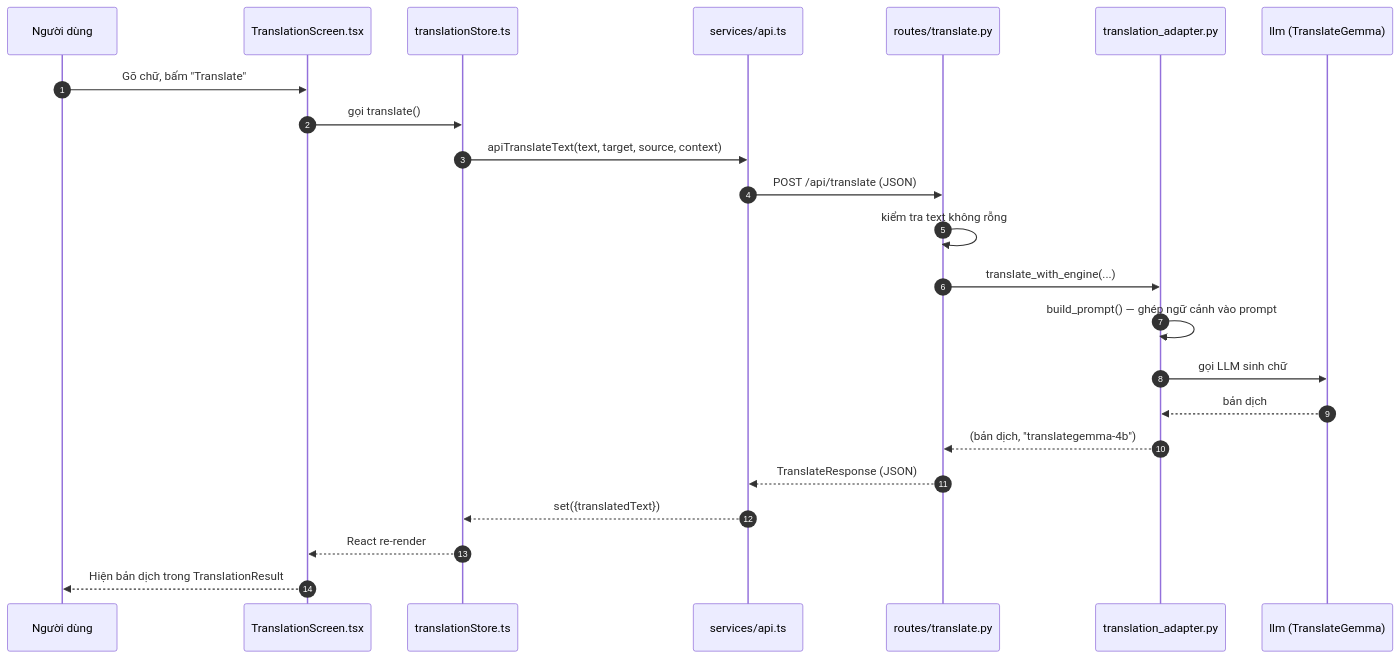
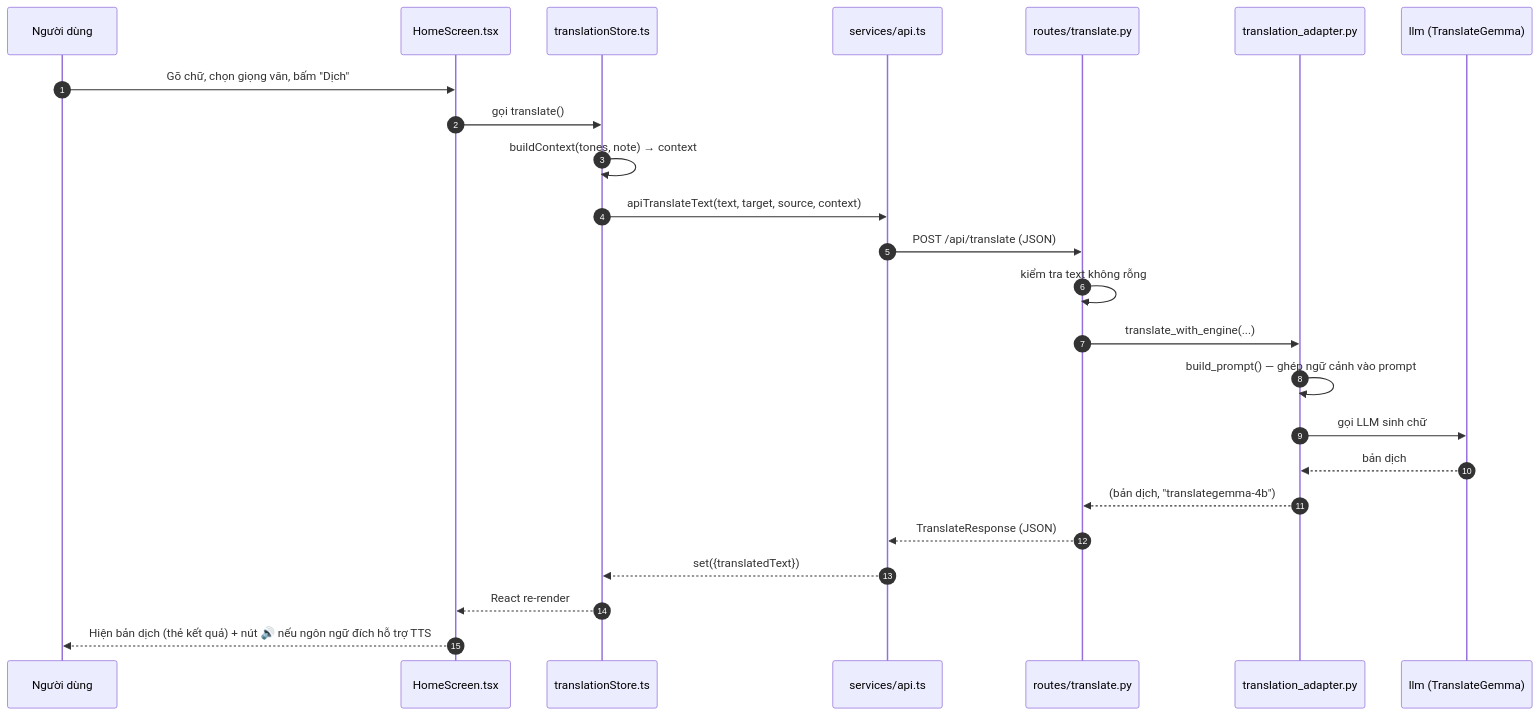
The fifth of 13 diagrams in giai_thich.md (csc10014-team07/Translation-App), drawn with Mermaid before and after one commit. The commit also changed other lines of this file and 1 other file, not shown here.

````diff
--- a/giai_thich.md
+++ b/giai_thich.md
@@ -231,26 +322,27 @@
 ```mermaid
 sequenceDiagram
     autonumber
     participant U as Người dùng
-    participant S as TranslationScreen.tsx
+    participant S as HomeScreen.tsx
     participant Z as translationStore.ts
     participant A as services/api.ts
     participant R as routes/translate.py
     participant T as translation_adapter.py
     participant G as llm (TranslateGemma)
 
-    U->>S: Gõ chữ, bấm "Translate"
+    U->>S: Gõ chữ, chọn giọng văn, bấm "Dịch"
     S->>Z: gọi translate()
+    Z->>Z: buildContext(tones, note) → context
     Z->>A: apiTranslateText(text, target, source, context)
     A->>R: POST /api/translate (JSON)
     R->>R: kiểm tra text không rỗng
     R->>T: translate_with_engine(...)
     T->>T: build_prompt() — ghép ngữ cảnh vào prompt
     T->>G: gọi LLM sinh chữ
     G-->>T: bản dịch
     T-->>R: (bản dịch, "translategemma-4b")
     R-->>A: TranslateResponse (JSON)
     A-->>Z: set({translatedText})
     Z-->>S: React re-render
-    S-->>U: Hiện bản dịch trong TranslationResult
+    S-->>U: Hiện bản dịch (thẻ kết quả) + nút 🔊 nếu ngôn ngữ đích hỗ trợ TTS
 ```
````
